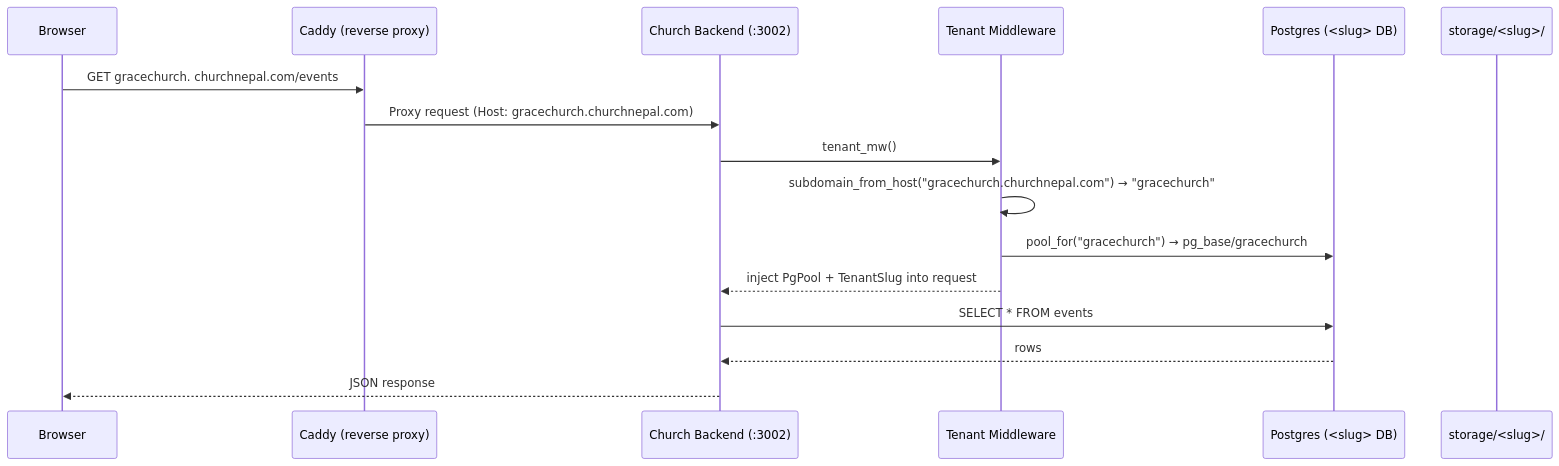
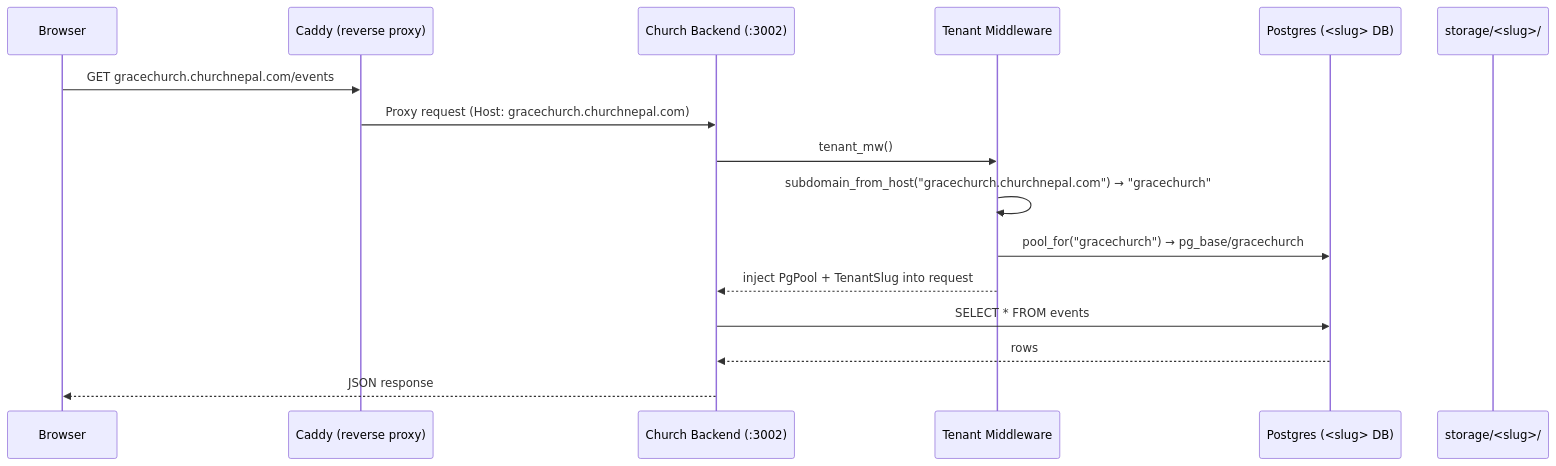
The second of 4 diagrams in ARCHITECTURE.md (tarkarajjaishi/church_nepal), drawn with Mermaid before and after one commit. The commit also changed other lines of this file and 134 other files, not shown here.

````diff
--- a/ARCHITECTURE.md
+++ b/ARCHITECTURE.md
@@ -97,19 +145,19 @@
 ```mermaid
 sequenceDiagram
     participant Browser
     participant Caddy as Caddy (reverse proxy)
     participant Rust as Church Backend (:3002)
     participant TMW as Tenant Middleware
     participant DB as Postgres (<slug> DB)
     participant Storage as storage/<slug>/
 
-    Browser->>Caddy: GET gracechurch. churchnepal.com/events
+    Browser->>Caddy: GET gracechurch.churchnepal.com/events
     Caddy->>Rust: Proxy request (Host: gracechurch.churchnepal.com)
     Rust->>TMW: tenant_mw()
     TMW->>TMW: subdomain_from_host("gracechurch.churchnepal.com") → "gracechurch"
     TMW->>DB: pool_for("gracechurch") → pg_base/gracechurch
     TMW-->>Rust: inject PgPool + TenantSlug into request
     Rust->>DB: SELECT * FROM events
     DB-->>Rust: rows
     Rust-->>Browser: JSON response
 ```
````
